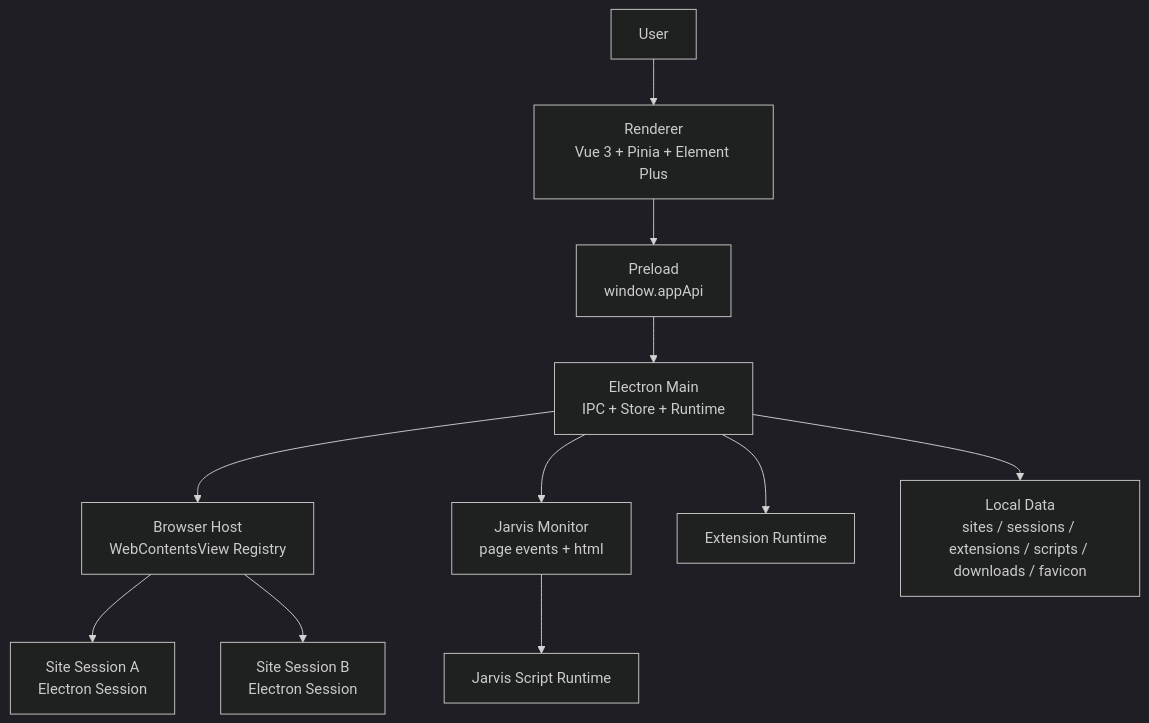
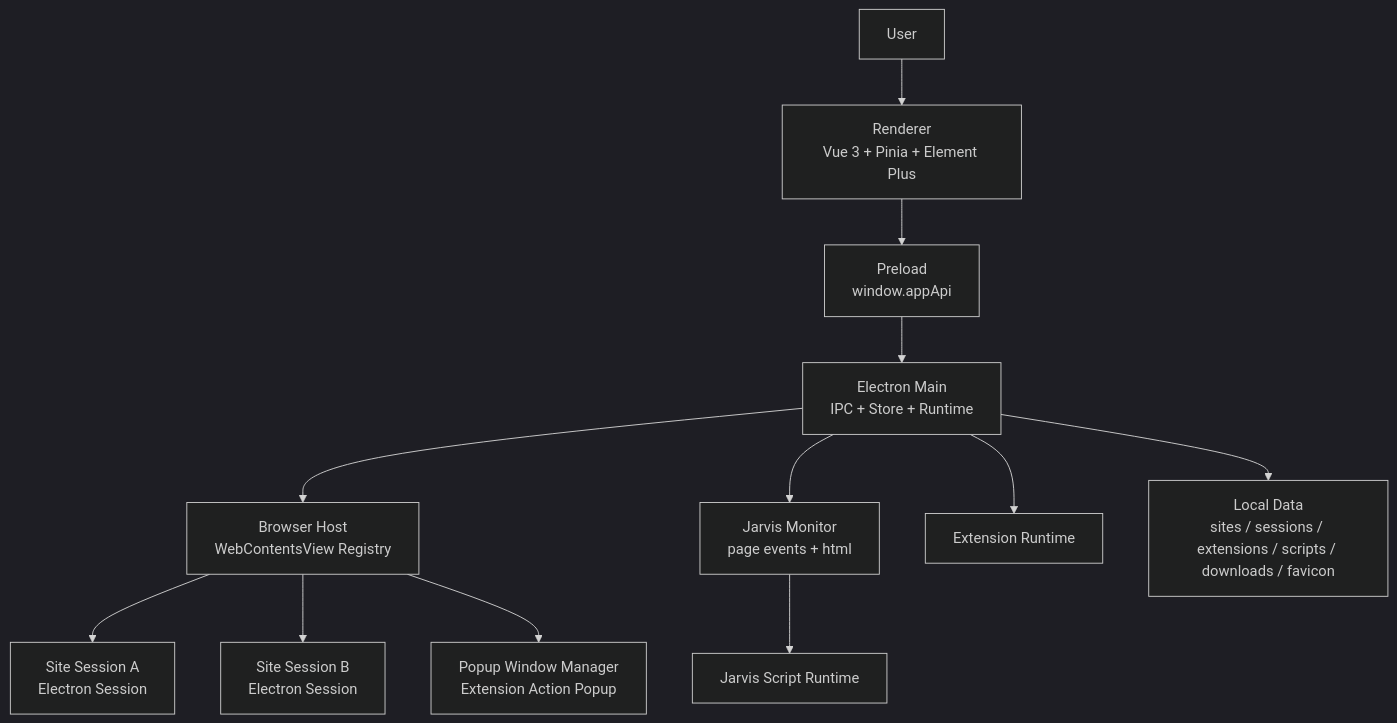
Before and after one commit to jarvis-workbench/jarvis-browser: the diagram in README.md, drawn with Mermaid (dark theme). The commit also changed other lines of this file and 30 other files, not shown here.

````diff
--- a/README.md
+++ b/README.md
@@ -82,13 +84,14 @@
 ```mermaid
 flowchart TD
   User["User"] --> Renderer["Renderer<br/>Vue 3 + Pinia + Element Plus"]
   Renderer --> Preload["Preload<br/>window.appApi"]
   Preload --> Main["Electron Main<br/>IPC + Store + Runtime"]
   Main --> BrowserHost["Browser Host<br/>WebContentsView Registry"]
   BrowserHost --> WebViewA["Site Session A<br/>Electron Session"]
   BrowserHost --> WebViewB["Site Session B<br/>Electron Session"]
+  BrowserHost --> PopupWindow["Popup Window Manager<br/>Extension Action Popup"]
   Main --> Monitor["Jarvis Monitor<br/>page events + html"]
   Monitor --> ScriptRuntime["Jarvis Script Runtime"]
   Main --> ExtensionRuntime["Extension Runtime"]
   Main --> LocalData["Local Data<br/>sites / sessions / extensions / scripts / downloads / favicon"]
 ```
````
